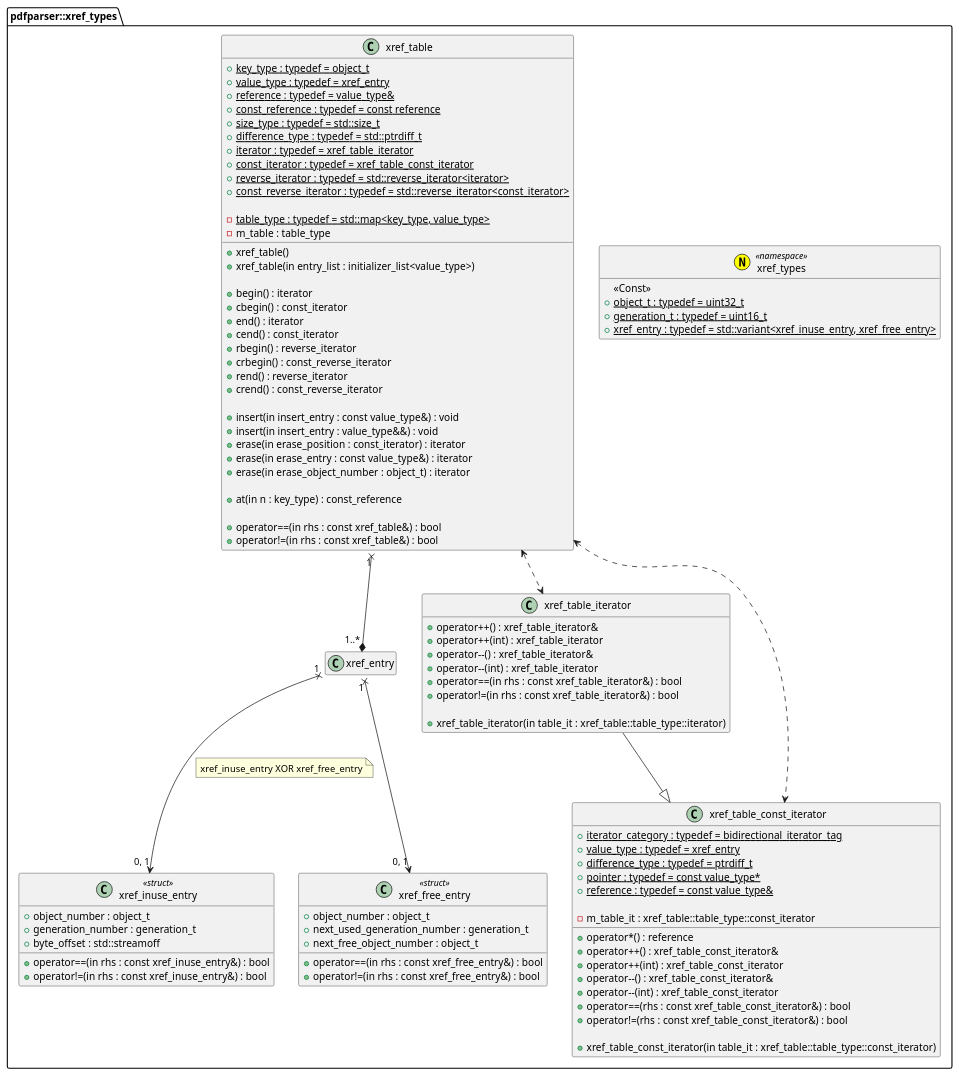
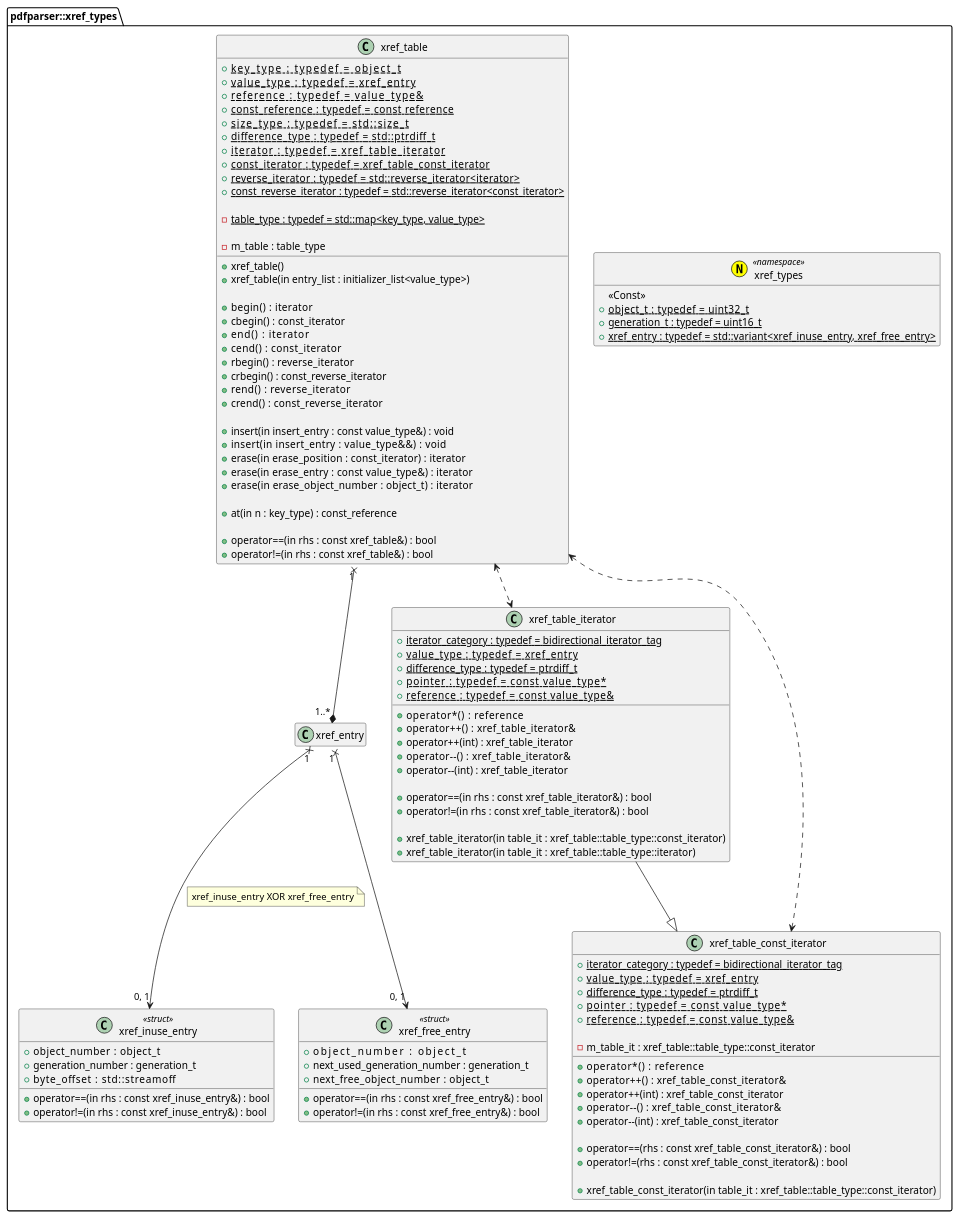
Before and after one commit to KodaiYM/PDFReader: the diagram in document/xref_types.class.pu, drawn with PlantUML. The commit also changed 5 other files, not shown here.

Commit message:
xref_table_iterator に operator* と using の追加と、基底クラスのコンストラクタを追加した ドキュメントの : 周辺に空白を入れて位置を揃えた

```diff
--- a/document/xref_types.class.pu
+++ b/document/xref_types.class.pu
@@ -1,109 +1,120 @@
 @startuml xref_types
 hide empty members
 namespace pdfparser::xref_types {
 annotation xref_types <<(N, yellow) namespace>> {
 	<<Const>>
-	+{static} object_t : typedef = uint32_t
+	+{static} object_t     : typedef = uint32_t
 	+{static} generation_t : typedef = uint16_t
-	+{static} xref_entry : typedef = std::variant<xref_inuse_entry, xref_free_entry>
+	+{static} xref_entry   : typedef = std::variant<xref_inuse_entry, xref_free_entry>
 }
 
 xref_entry "1" x--> "0, 1" xref_inuse_entry
 note right on link
 xref_inuse_entry XOR xref_free_entry
 end note
 xref_entry "1" x--> "0, 1" xref_free_entry
 
 class xref_inuse_entry <<struct>> {
-	+object_number : object_t
+	+object_number     : object_t
 	+generation_number : generation_t
-	+byte_offset : std::streamoff
+	+byte_offset       : std::streamoff
 	
 	+operator==(in rhs : const xref_inuse_entry&) : bool
 	+operator!=(in rhs : const xref_inuse_entry&) : bool
 }
 
 class xref_free_entry <<struct>> {
-	+object_number : object_t
+	+object_number               : object_t
 	+next_used_generation_number : generation_t
-	+next_free_object_number : object_t
+	+next_free_object_number     : object_t
 	
 	+operator==(in rhs : const xref_free_entry&) : bool
 	+operator!=(in rhs : const xref_free_entry&) : bool
 }
 
 class xref_table {
-	+{static} key_type : typedef = object_t
-	+{static} value_type : typedef = xref_entry
-	+{static} reference : typedef = value_type&
-	+{static} const_reference : typedef = const reference
-	+{static} size_type : typedef = std::size_t
-	+{static} difference_type : typedef = std::ptrdiff_t
-	+{static} iterator : typedef = xref_table_iterator
-	+{static} const_iterator : typedef = xref_table_const_iterator
-	+{static} reverse_iterator : typedef = std::reverse_iterator<iterator>
+	+{static} key_type               : typedef = object_t
+	+{static} value_type             : typedef = xref_entry
+	+{static} reference              : typedef = value_type&
+	+{static} const_reference        : typedef = const reference
+	+{static} size_type              : typedef = std::size_t
+	+{static} difference_type        : typedef = std::ptrdiff_t
+	+{static} iterator               : typedef = xref_table_iterator
+	+{static} const_iterator         : typedef = xref_table_const_iterator
+	+{static} reverse_iterator       : typedef = std::reverse_iterator<iterator>
 	+{static} const_reverse_iterator : typedef = std::reverse_iterator<const_iterator>
 
 	-{static} table_type : typedef = std::map<key_type, value_type>
+
 	-m_table : table_type
 
 	+xref_table()
 	+xref_table(in entry_list : initializer_list<value_type>)
 
-	+begin() : iterator
-	+cbegin() : const_iterator
-	+end() : iterator
-	+cend() : const_iterator
-	+rbegin() : reverse_iterator
+	+begin()   : iterator
+	+cbegin()  : const_iterator
+	+end()     : iterator
+	+cend()    : const_iterator
+	+rbegin()  : reverse_iterator
 	+crbegin() : const_reverse_iterator
-	+rend() : reverse_iterator
-	+crend() : const_reverse_iterator
+	+rend()    : reverse_iterator
+	+crend()   : const_reverse_iterator
 
 	+insert(in insert_entry : const value_type&) : void
-	+insert(in insert_entry : value_type&&) : void
-	+erase(in erase_position : const_iterator) : iterator
-	+erase(in erase_entry : const value_type&) : iterator
-	+erase(in erase_object_number : object_t) : iterator
+	+insert(in insert_entry : value_type&&)      : void
+	+erase(in erase_position : const_iterator)   : iterator
+	+erase(in erase_entry : const value_type&)   : iterator
+	+erase(in erase_object_number : object_t)    : iterator
 
 	+at(in n : key_type) : const_reference
 
 	+operator==(in rhs : const xref_table&) : bool
 	+operator!=(in rhs : const xref_table&) : bool
 }
 xref_table "1" x--* "1..*" xref_entry
 xref_table <..> xref_table_iterator
 xref_table <..> xref_table_const_iterator
 
 class xref_table_iterator {
-	+operator++() : xref_table_iterator&
+	+{static} iterator_category : typedef = bidirectional_iterator_tag
+	+{static} value_type        : typedef = xref_entry
+	+{static} difference_type   : typedef = ptrdiff_t
+	+{static} pointer           : typedef = const value_type*
+	+{static} reference         : typedef = const value_type&
+
+	+operator*()     : reference
+	+operator++()    : xref_table_iterator&
 	+operator++(int) : xref_table_iterator
-	+operator--() : xref_table_iterator&
+	+operator--()    : xref_table_iterator&
 	+operator--(int) : xref_table_iterator
+
 	+operator==(in rhs : const xref_table_iterator&) : bool
 	+operator!=(in rhs : const xref_table_iterator&) : bool
 
+	+xref_table_iterator(in table_it : xref_table::table_type::const_iterator)
 	+xref_table_iterator(in table_it : xref_table::table_type::iterator)
 }
 xref_table_iterator --|> xref_table_const_iterator
 
 class xref_table_const_iterator {
 	+{static} iterator_category : typedef = bidirectional_iterator_tag
-	+{static} value_type : typedef = xref_entry
-	+{static} difference_type : typedef = ptrdiff_t
-	+{static} pointer : typedef = const value_type*
-	+{static} reference : typedef = const value_type&
+	+{static} value_type        : typedef = xref_entry
+	+{static} difference_type   : typedef = ptrdiff_t
+	+{static} pointer           : typedef = const value_type*
+	+{static} reference         : typedef = const value_type&
 
 	-m_table_it : xref_table::table_type::const_iterator
 
-	+operator*() : reference
-	+operator++() : xref_table_const_iterator&
+	+operator*()     : reference
+	+operator++()    : xref_table_const_iterator&
 	+operator++(int) : xref_table_const_iterator
-	+operator--() : xref_table_const_iterator&
+	+operator--()    : xref_table_const_iterator&
 	+operator--(int) : xref_table_const_iterator
+
 	+operator==(rhs : const xref_table_const_iterator&) : bool
 	+operator!=(rhs : const xref_table_const_iterator&) : bool
 
 	+xref_table_const_iterator(in table_it : xref_table::table_type::const_iterator)
 }
 }
 @enduml
```
